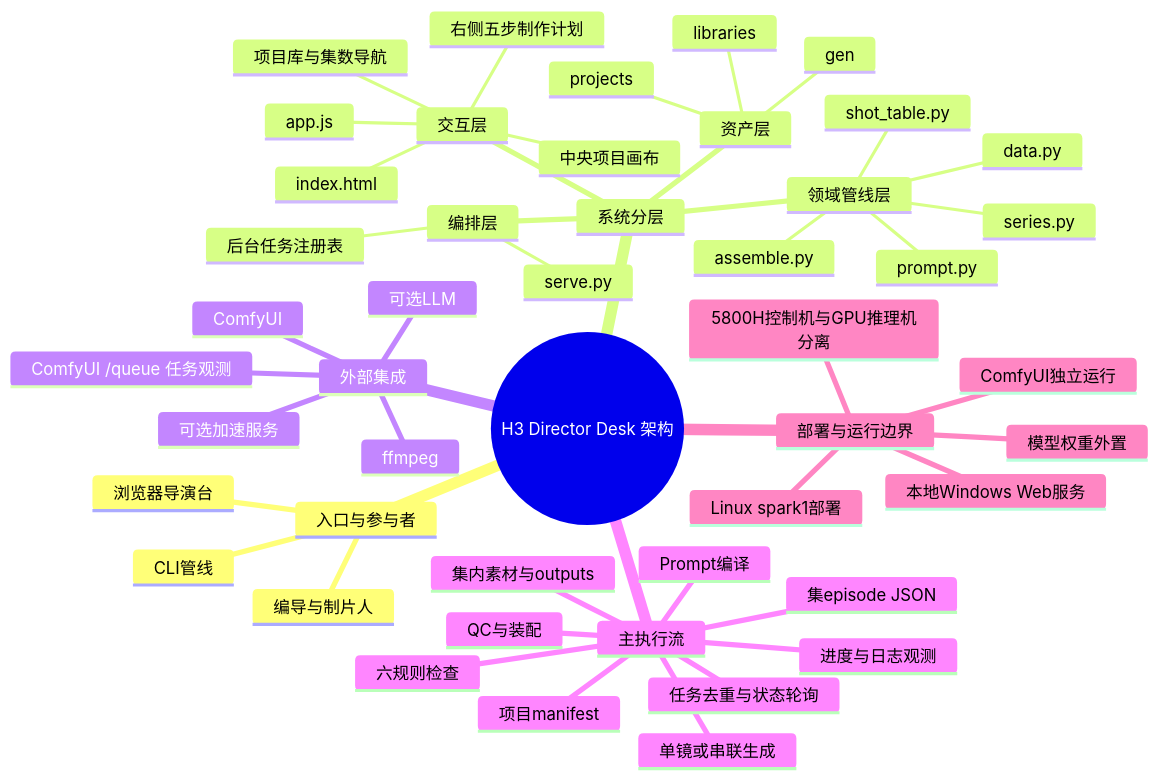
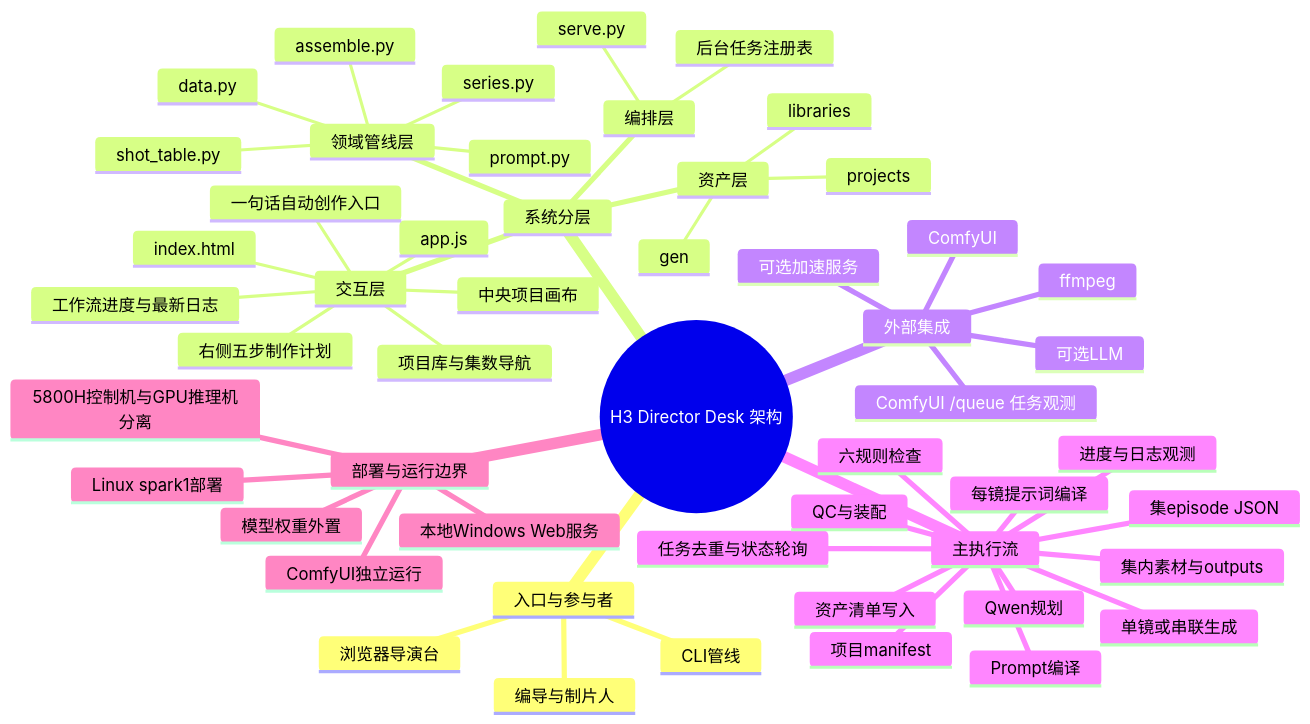
The diagram in docs/project-evolution/mindmaps/architecture.md (Exalex/h3-director-desk), drawn with Mermaid before and after one commit. The commit also changed other lines of this file and 23 other files, not shown here.

````diff
--- a/docs/project-evolution/mindmaps/architecture.md
+++ b/docs/project-evolution/mindmaps/architecture.md
@@ -3,50 +3,55 @@
 ```mermaid
 mindmap
   root((H3 Director Desk 架构))
     入口与参与者
       浏览器导演台
       CLI管线
       编导与制片人
     系统分层
       交互层
         index.html
         app.js
         项目库与集数导航
         中央项目画布
         右侧五步制作计划
+        一句话自动创作入口
+        工作流进度与最新日志
       编排层
         serve.py
         后台任务注册表
       领域管线层
         data.py
         shot_table.py
         prompt.py
         series.py
         assemble.py
       资产层
         projects
         gen
         libraries
     外部集成
       ComfyUI
       ComfyUI /queue 任务观测
       可选加速服务
       可选LLM
       ffmpeg
     主执行流
       项目manifest
       集episode JSON
       集内素材与outputs
       六规则检查
       Prompt编译
       单镜或串联生成
       任务去重与状态轮询
       进度与日志观测
+      Qwen规划
+      资产清单写入
+      每镜提示词编译
       QC与装配
     部署与运行边界
       本地Windows Web服务
       Linux spark1部署
       ComfyUI独立运行
       模型权重外置
       5800H控制机与GPU推理机分离
 ```
````
